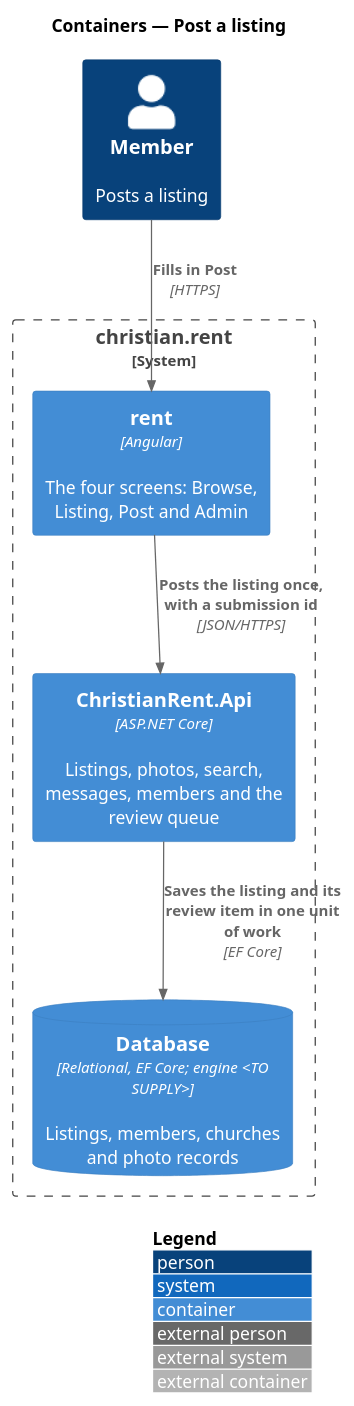
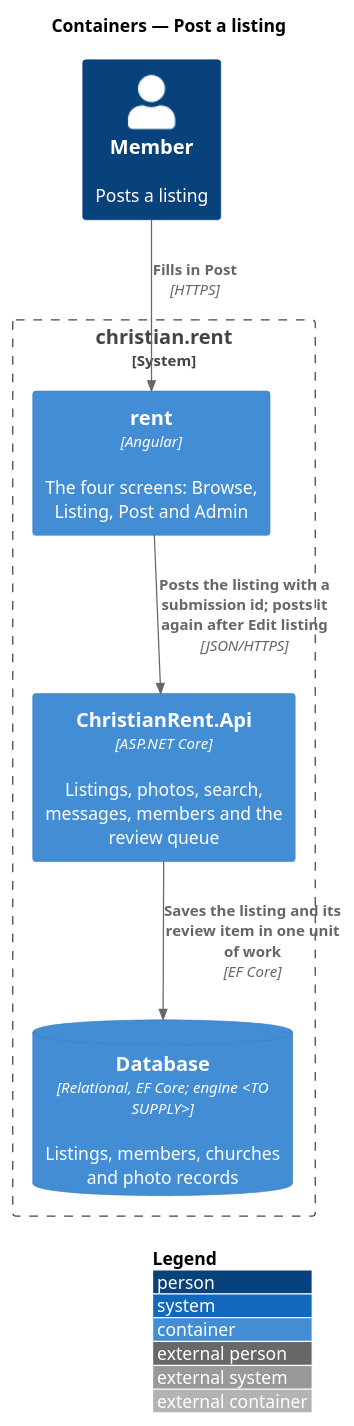
The diagram in docs/detailed-designs/listings/post-listing/diagrams/c4-container.puml (QuinntyneBrown/christian-rent), drawn with PlantUML before and after one commit. The commit also changed 148 other files, not shown here.

```diff
--- a/docs/detailed-designs/listings/post-listing/diagrams/c4-container.puml
+++ b/docs/detailed-designs/listings/post-listing/diagrams/c4-container.puml
@@ -1,15 +1,15 @@
 @startuml
 !include <C4/C4_Container>
 LAYOUT_WITH_LEGEND()
 title Containers — Post a listing
 
 Person(member, "Member", "Posts a listing")
 System_Boundary(cr, "christian.rent") {
   Container(rent, "rent", "Angular", "The four screens: Browse, Listing, Post and Admin")
   Container(api, "ChristianRent.Api", "ASP.NET Core", "Listings, photos, search, messages, members and the review queue")
   ContainerDb(db, "Database", "Relational, EF Core; engine <TO SUPPLY>", "Listings, members, churches and photo records")
 }
 Rel(member, rent, "Fills in Post", "HTTPS")
-Rel(rent, api, "Posts the listing once, with a submission id", "JSON/HTTPS")
+Rel(rent, api, "Posts the listing with a submission id; posts it again after Edit listing", "JSON/HTTPS")
 Rel(api, db, "Saves the listing and its review item in one unit of work", "EF Core")
 @enduml
```
